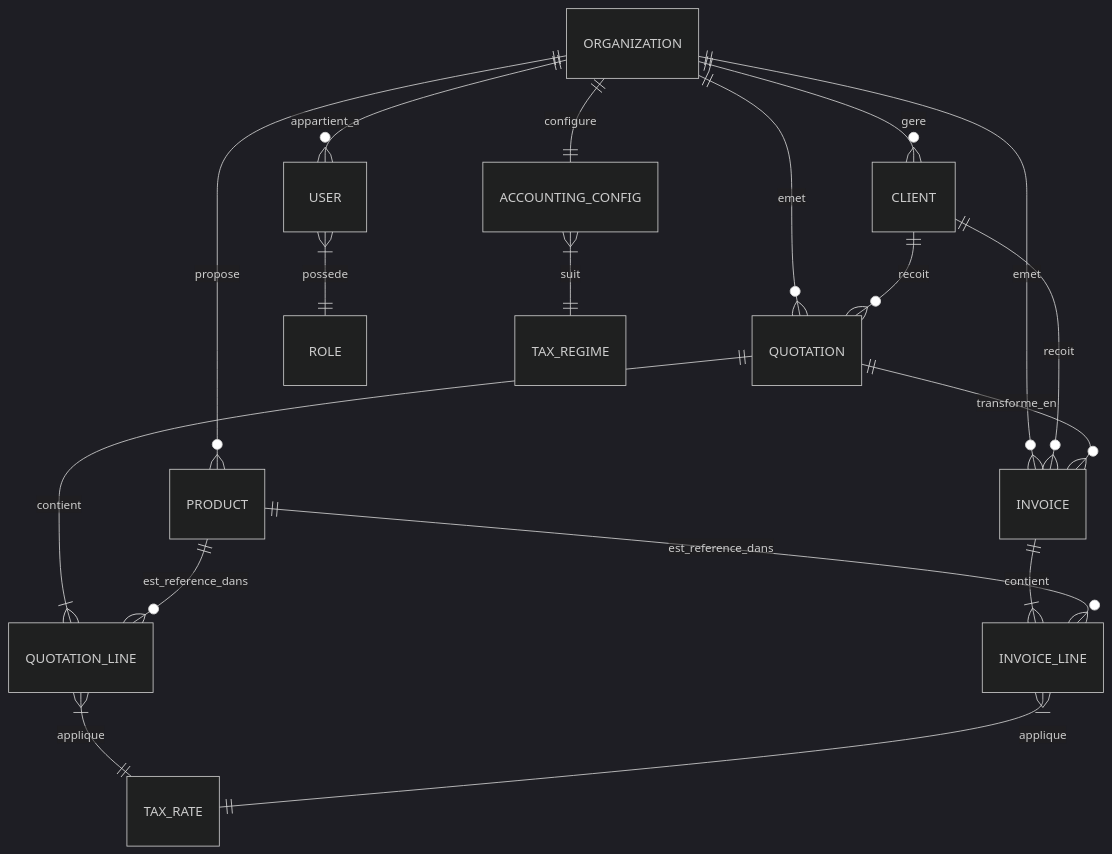
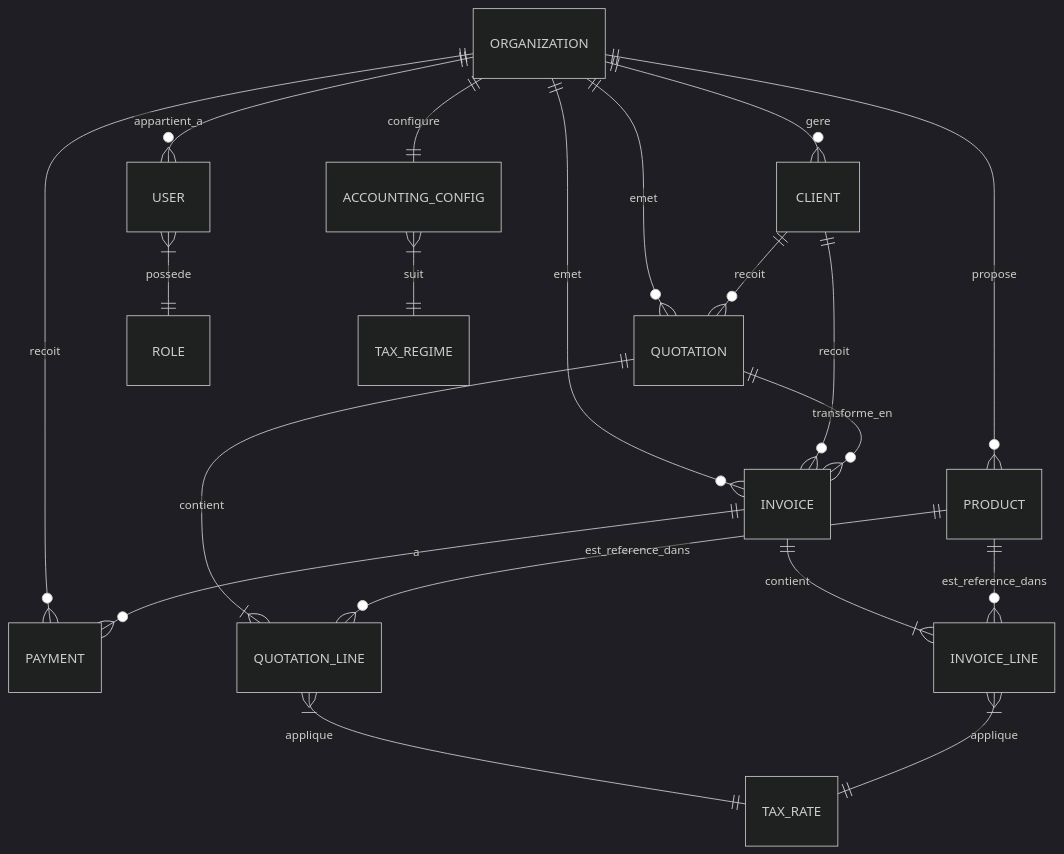
The diagram in docs/database_model.md (bo0ogy/GEKKO-MicroERP-SaaS), drawn with Mermaid (dark theme) before and after one commit. The commit also changed other lines of this file and 6 other files, not shown here.

````diff
--- a/docs/database_model.md
+++ b/docs/database_model.md
@@ -7,24 +7,26 @@
 ```mermaid
 erDiagram
     ORGANIZATION ||--o{ USER : "appartient_a"
     ORGANIZATION ||--o{ CLIENT : "gere"
     ORGANIZATION ||--o{ PRODUCT : "propose"
     ORGANIZATION ||--o{ QUOTATION : "emet"
     ORGANIZATION ||--o{ INVOICE : "emet"
+    ORGANIZATION ||--o{ PAYMENT : "recoit"
 
     USER }|--|| ROLE : "possede"
     CLIENT ||--o{ QUOTATION : "recoit"
     CLIENT ||--o{ INVOICE : "recoit"
 
     QUOTATION ||--|{ QUOTATION_LINE : "contient"
     QUOTATION ||--o{ INVOICE : "transforme_en"
     INVOICE ||--|{ INVOICE_LINE : "contient"
+    INVOICE ||--o{ PAYMENT : "a"
     PRODUCT ||--o{ QUOTATION_LINE : "est_reference_dans"
     PRODUCT ||--o{ INVOICE_LINE : "est_reference_dans"
 
     QUOTATION_LINE }|--|| TAX_RATE : "applique"
     INVOICE_LINE }|--|| TAX_RATE : "applique"
 
     ORGANIZATION ||--|| ACCOUNTING_CONFIG : "configure"
     ACCOUNTING_CONFIG }|--|| TAX_REGIME : "suit"
 ```
````
